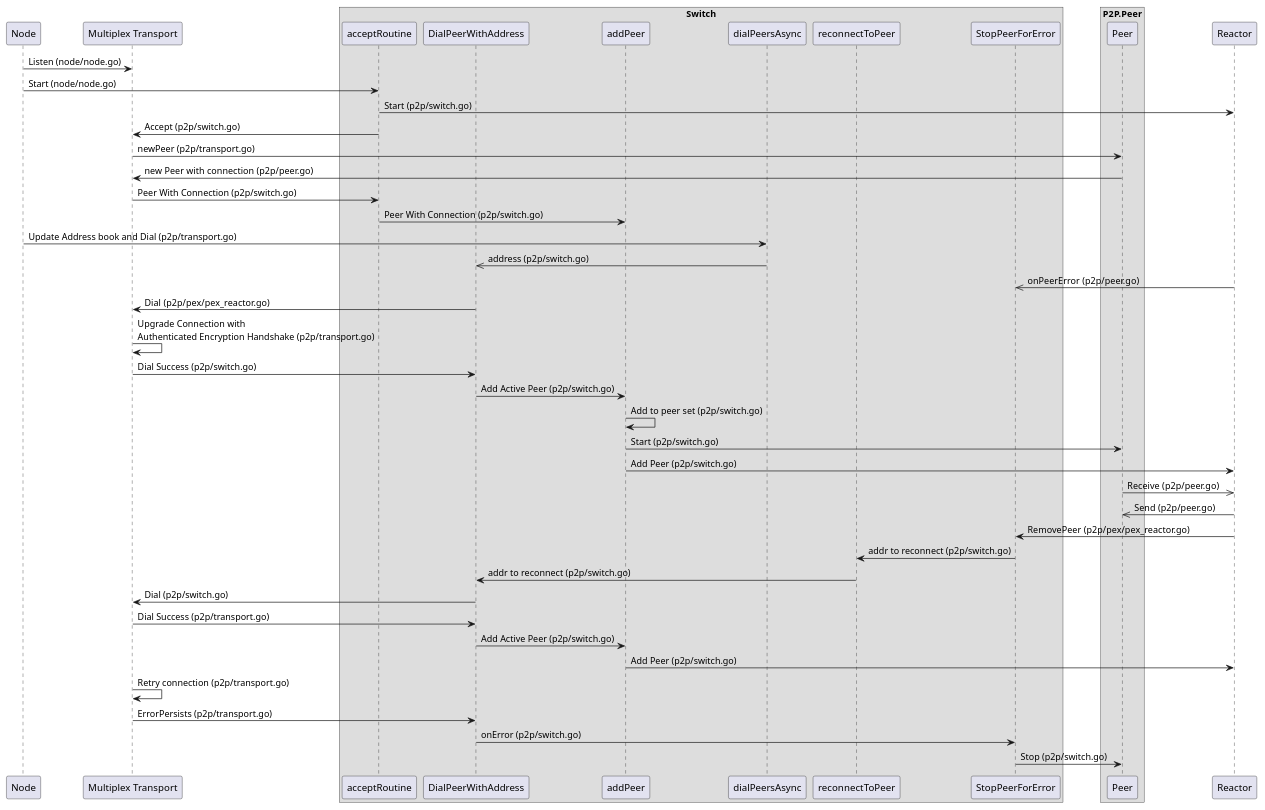
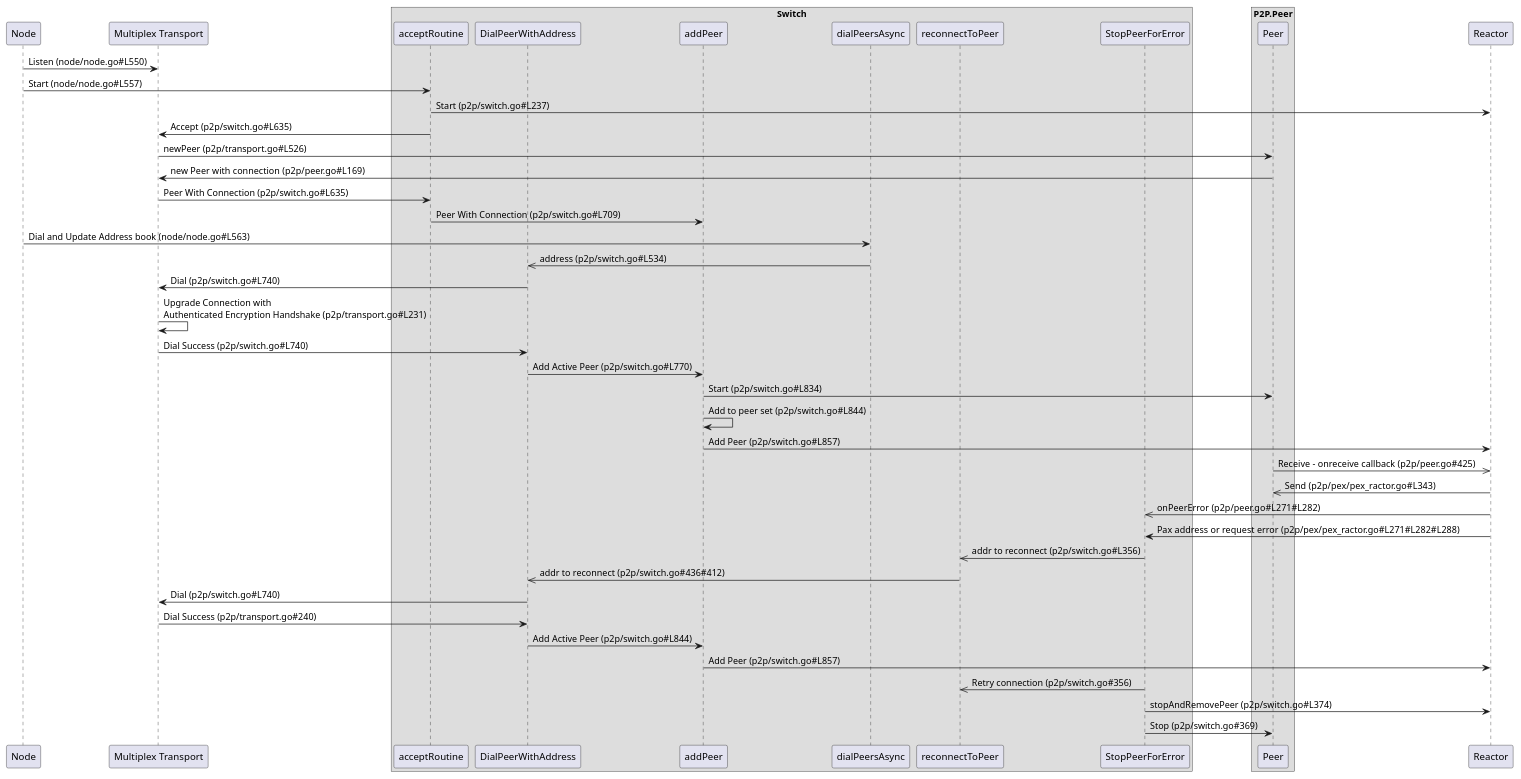
The diagram in p2p/diagrams/peer-lifetime-sd.plantuml (TxCorpi0x/knowledge-base), drawn with PlantUML before and after one commit. The commit also changed 3 other files, not shown here.

Commit message:
feat(docs): sequence diagrams code line

```diff
--- a/p2p/diagrams/peer-lifetime-sd.plantuml
+++ b/p2p/diagrams/peer-lifetime-sd.plantuml
@@ -1,70 +1,64 @@
 @startuml
 
 participant "Node" as N
 participant "Multiplex Transport" as MT
 
 box "Switch"
 participant "acceptRoutine" as AR
 participant "DialPeerWithAddress" as DPWA
 participant "addPeer" as AP
 participant "dialPeersAsync" as DPA
 participant "reconnectToPeer" as RTP
 participant "StopPeerForError" as SPFE
 end box
 
 box "P2P.Peer"
 participant "Peer" as PR
 end box
 
 participant "Reactor" as RC
 
-N -> MT: Listen (node/node.go)
-N -> AR: Start (node/node.go)
-AR -> RC : Start (p2p/switch.go)
-AR -> MT: Accept (p2p/switch.go)
-MT -> PR: newPeer (p2p/transport.go)
-PR -> MT: new Peer with connection (p2p/peer.go)
-MT -> AR: Peer With Connection (p2p/switch.go)
-AR -> AP: Peer With Connection (p2p/switch.go)
+N -> MT: Listen (node/node.go#L550)
+N -> AR: Start (node/node.go#L557)
+AR -> RC : Start (p2p/switch.go#L237)
+AR -> MT: Accept (p2p/switch.go#L635)
+MT -> PR: newPeer (p2p/transport.go#L526)
+PR -> MT: new Peer with connection (p2p/peer.go#L169)
+MT -> AR: Peer With Connection (p2p/switch.go#L635)
+AR -> AP: Peer With Connection (p2p/switch.go#L709)
 
-N -> DPA: Update Address book and Dial (p2p/transport.go)
+N -> DPA: Dial and Update Address book (node/node.go#L563)
 
-DPA ->> DPWA: address (p2p/switch.go)
+DPA ->> DPWA: address (p2p/switch.go#L534)
 
-RC ->> SPFE: onPeerError (p2p/peer.go)
+DPWA -> MT : Dial (p2p/switch.go#L740)
+MT -> MT : Upgrade Connection with\nAuthenticated Encryption Handshake (p2p/transport.go#L231)
+MT -> DPWA: Dial Success (p2p/switch.go#L740)
+DPWA -> AP: Add Active Peer (p2p/switch.go#L770)
 
-DPWA -> MT : Dial (p2p/pex/pex_reactor.go)
-MT -> MT : Upgrade Connection with\nAuthenticated Encryption Handshake (p2p/transport.go)
-MT -> DPWA: Dial Success (p2p/switch.go)
-DPWA -> AP: Add Active Peer (p2p/switch.go)
+AP -> PR: Start (p2p/switch.go#L834)
+AP -> AP: Add to peer set (p2p/switch.go#L844)
+AP -> RC: Add Peer (p2p/switch.go#L857)
 
+PR ->> RC: Receive - onreceive callback (p2p/peer.go#425)
+RC ->> PR: Send (p2p/pex/pex_ractor.go#L343)
 
-AP -> AP: Add to peer set (p2p/switch.go)
-AP -> PR: Start (p2p/switch.go)
-AP -> RC: Add Peer (p2p/switch.go)
+RC ->> SPFE: onPeerError (p2p/peer.go#L271#L282)
 
-PR ->> RC: Receive (p2p/peer.go)
-RC ->> PR: Send (p2p/peer.go)
+RC -> SPFE  : Pax address or request error (p2p/pex/pex_ractor.go#L271#L282#L288)
+SPFE ->> RTP  : addr to reconnect (p2p/switch.go#L356)
+RTP ->> DPWA : addr to reconnect (p2p/switch.go#436#412)
 
+DPWA -> MT: Dial (p2p/switch.go#L740)
+MT -> DPWA: Dial Success (p2p/transport.go#240)
+DPWA -> AP: Add Active Peer (p2p/switch.go#L844)
 
-RC -> SPFE  : RemovePeer (p2p/pex/pex_reactor.go)
-SPFE -> RTP  : addr to reconnect (p2p/switch.go)
-RTP -> DPWA : addr to reconnect (p2p/switch.go)
+AP -> RC: Add Peer (p2p/switch.go#L857)
 
-DPWA -> MT: Dial (p2p/switch.go)
-MT -> DPWA: Dial Success (p2p/transport.go)
-DPWA -> AP: Add Active Peer (p2p/switch.go)
-
-AP -> RC: Add Peer (p2p/switch.go)
-
-MT -> MT: Retry connection (p2p/transport.go)
-
-
-MT -> DPWA: ErrorPersists (p2p/transport.go)
-DPWA -> SPFE: onError (p2p/switch.go)
-
-SPFE -> PR: Stop (p2p/switch.go)
+SPFE ->> RTP: Retry connection (p2p/switch.go#356)
+SPFE -> RC: stopAndRemovePeer (p2p/switch.go#L374)
+SPFE -> PR: Stop (p2p/switch.go#369)
 
 
 
 @endtuml
```
